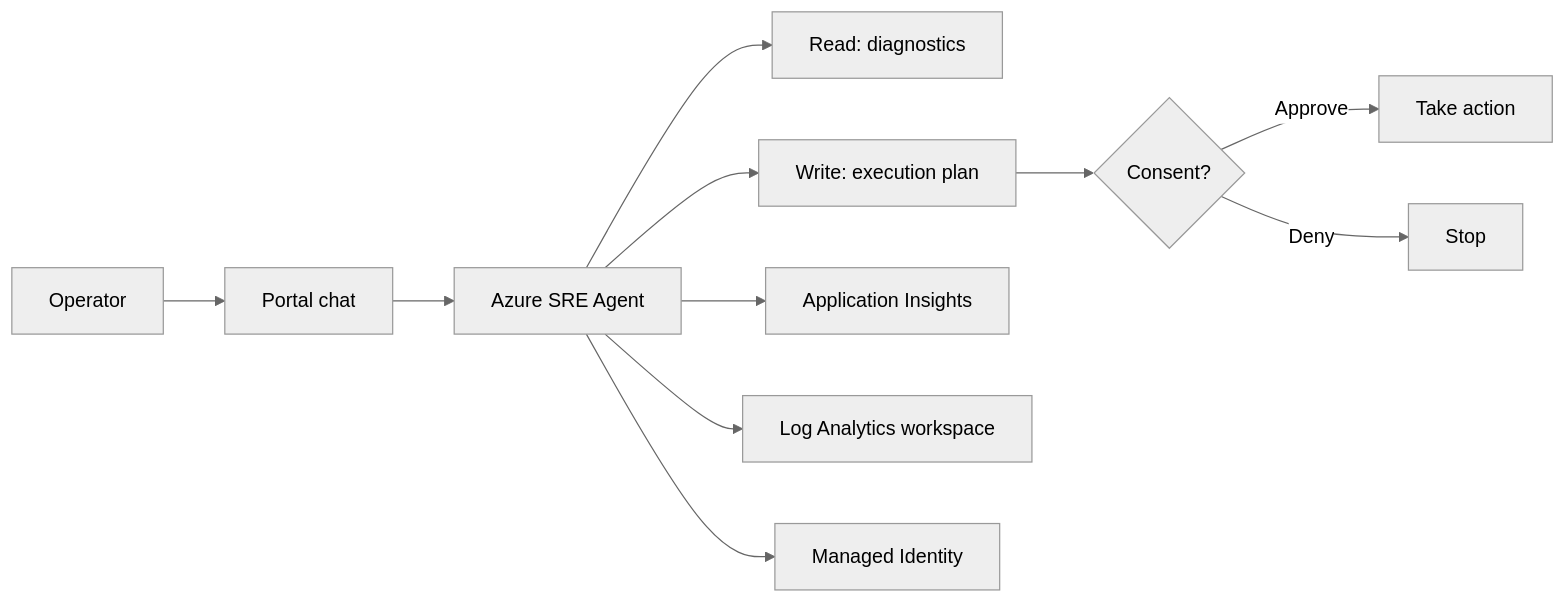
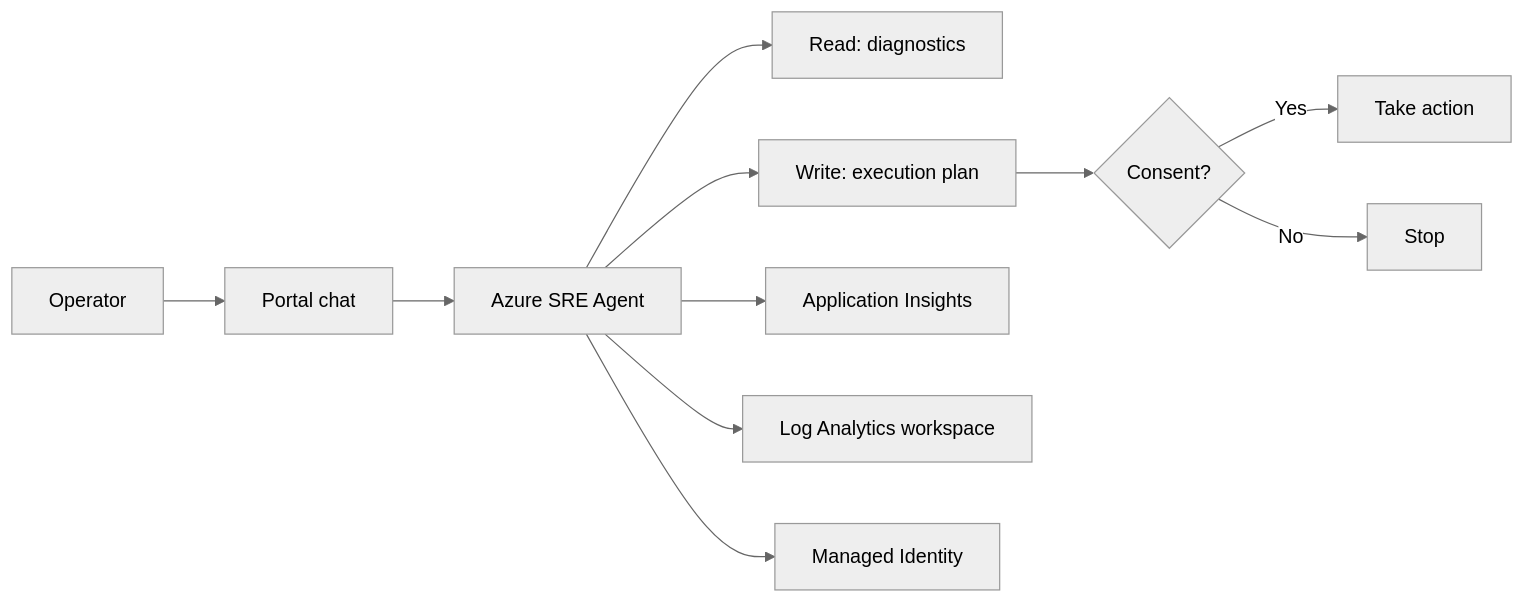
Before and after one commit to TakumiSeo/Tech-BLOG: the first of 12 diagrams in content/posts/ja-jp/sre-agent-planning.md, drawn with Mermaid (neutral theme). The commit also changed other lines of this file, not shown here.

Commit message:
state sre

````diff
--- a/content/posts/ja-jp/sre-agent-planning.md
+++ b/content/posts/ja-jp/sre-agent-planning.md
@@ -50,14 +50,14 @@
 ```mermaid
 flowchart LR
-  U[Operator] --> Chat[Portal chat]
-  Chat --> Agent[Azure SRE Agent]
-  Agent --> Read[Read: diagnostics]
-  Agent --> Plan[Write: execution plan]
-  Plan --> Consent{Consent?}
-  Consent -->|Approve| Act[Take action]
-  Consent -->|Deny| Stop[Stop]
+  U["Operator"] --> Chat["Portal chat"]
+  Chat --> Agent["Azure SRE Agent"]
+  Agent --> Read["Read: diagnostics"]
+  Agent --> Plan["Write: execution plan"]
+  Plan --> Consent{"Consent?"}
+  Consent -->|Yes| Act["Take action"]
+  Consent -->|No| Stop["Stop"]
 
-  Agent --> AI[Application Insights]
-  Agent --> LA[Log Analytics workspace]
-  Agent --> MI[Managed Identity]
+  Agent --> AI["Application Insights"]
+  Agent --> LA["Log Analytics workspace"]
+  Agent --> MI["Managed Identity"]
 ```
````
